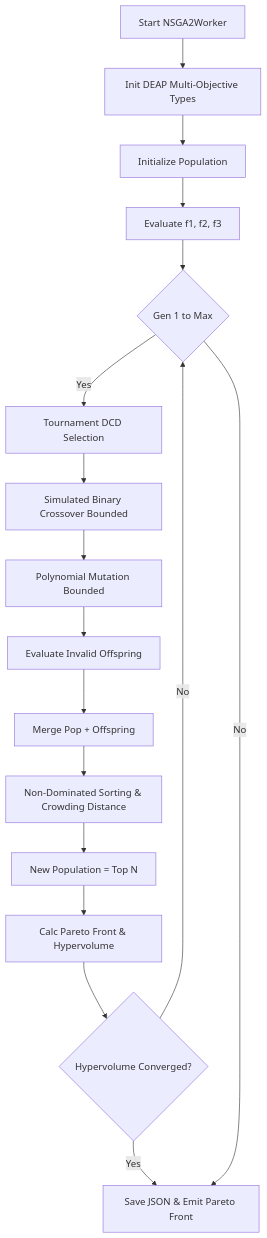
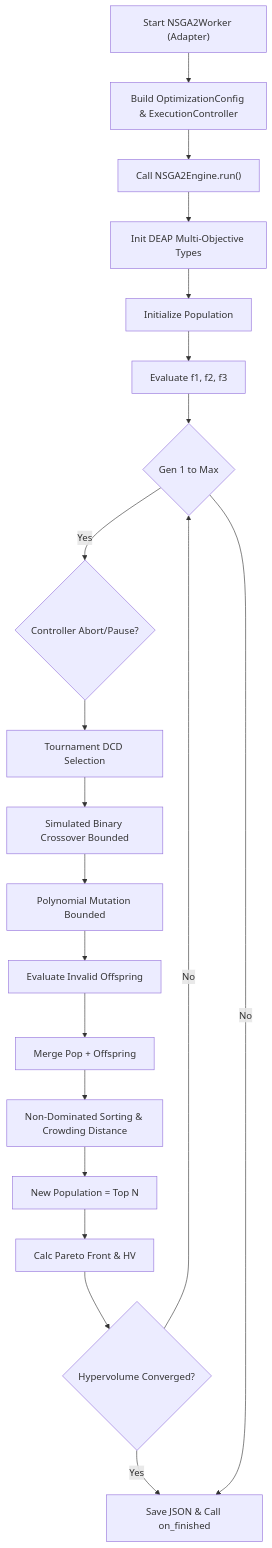
One commit to mahan2079/DeVana changed the diagram in Documents/Optimization_Guild/NSGA2.md. Above: the diagram before and after it, drawn with Mermaid. The commit also changed other lines of this file and 2 other files, not shown here.

Commit message:
docs: update Guild Architecture records for Headless NSGA-II

````diff
--- a/Documents/Optimization_Guild/NSGA2.md
+++ b/Documents/Optimization_Guild/NSGA2.md
@@ -63,19 +56,22 @@
 ```mermaid
 flowchart TD
-    Start["Start NSGA2Worker"] --> Init["Init DEAP Multi-Objective Types"]
+    Start["Start NSGA2Worker (Adapter)"] --> Config["Build OptimizationConfig & ExecutionController"]
+    Config --> EngineRun["Call NSGA2Engine.run()"]
+    EngineRun --> Init["Init DEAP Multi-Objective Types"]
     Init --> Pop["Initialize Population"]
     Pop --> EvalInit["Evaluate f1, f2, f3"]
     EvalInit --> GenLoop{"Gen 1 to Max"}
-    GenLoop -- Yes --> SelectParents["Tournament DCD Selection"]
+    GenLoop -- Yes --> ControlCheck{"Controller Abort/Pause?"}
+    ControlCheck --> SelectParents["Tournament DCD Selection"]
     SelectParents --> Cross["Simulated Binary Crossover Bounded"]
     Cross --> Mutate["Polynomial Mutation Bounded"]
     Mutate --> EvalOff["Evaluate Invalid Offspring"]
     EvalOff --> Merge["Merge Pop + Offspring"]
     Merge --> SelNSGA2["Non-Dominated Sorting & Crowding Distance"]
     SelNSGA2 --> UpdatePop["New Population = Top N"]
-    UpdatePop --> Metrics["Calc Pareto Front & Hypervolume"]
+    UpdatePop --> Metrics["Calc Pareto Front & HV"]
     Metrics --> CheckConv{"Hypervolume Converged?"}
     CheckConv -- No --> GenLoop
     CheckConv -- Yes --> Finish
-    GenLoop -- No --> Finish["Save JSON & Emit Pareto Front"]
+    GenLoop -- No --> Finish["Save JSON & Call on_finished"]
 ```
````
